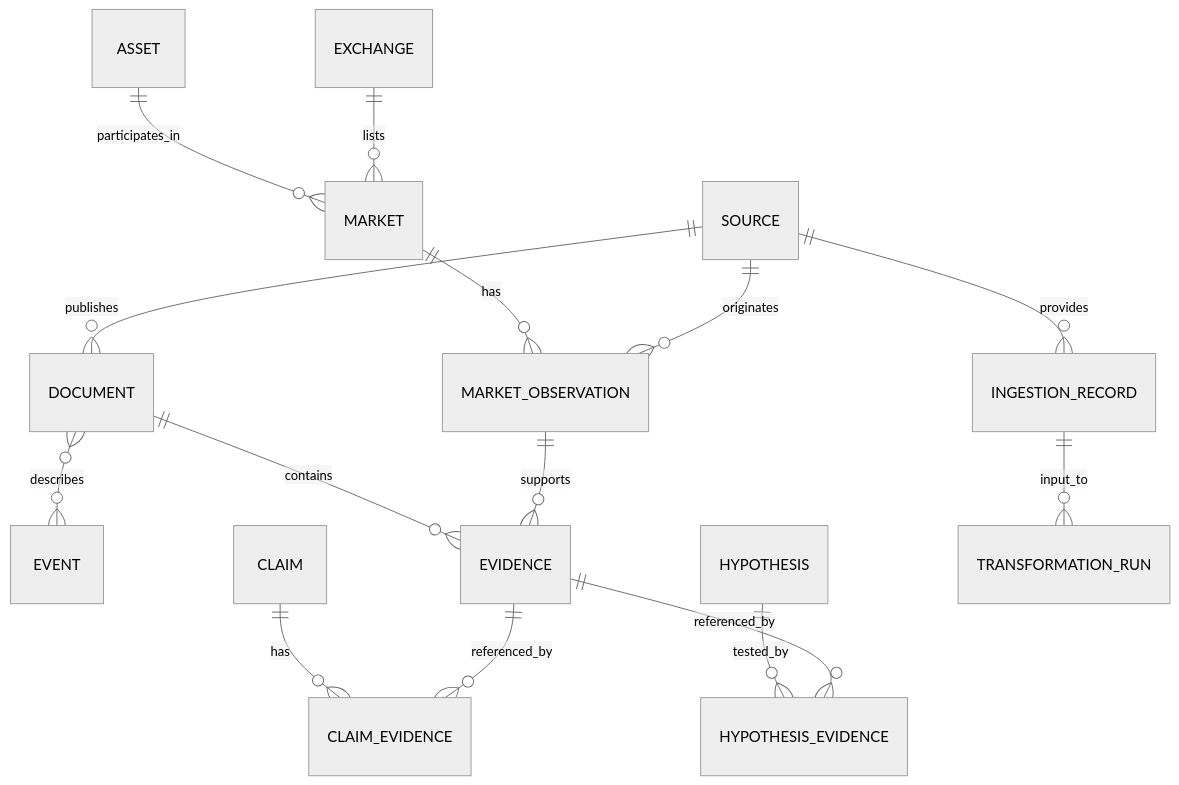
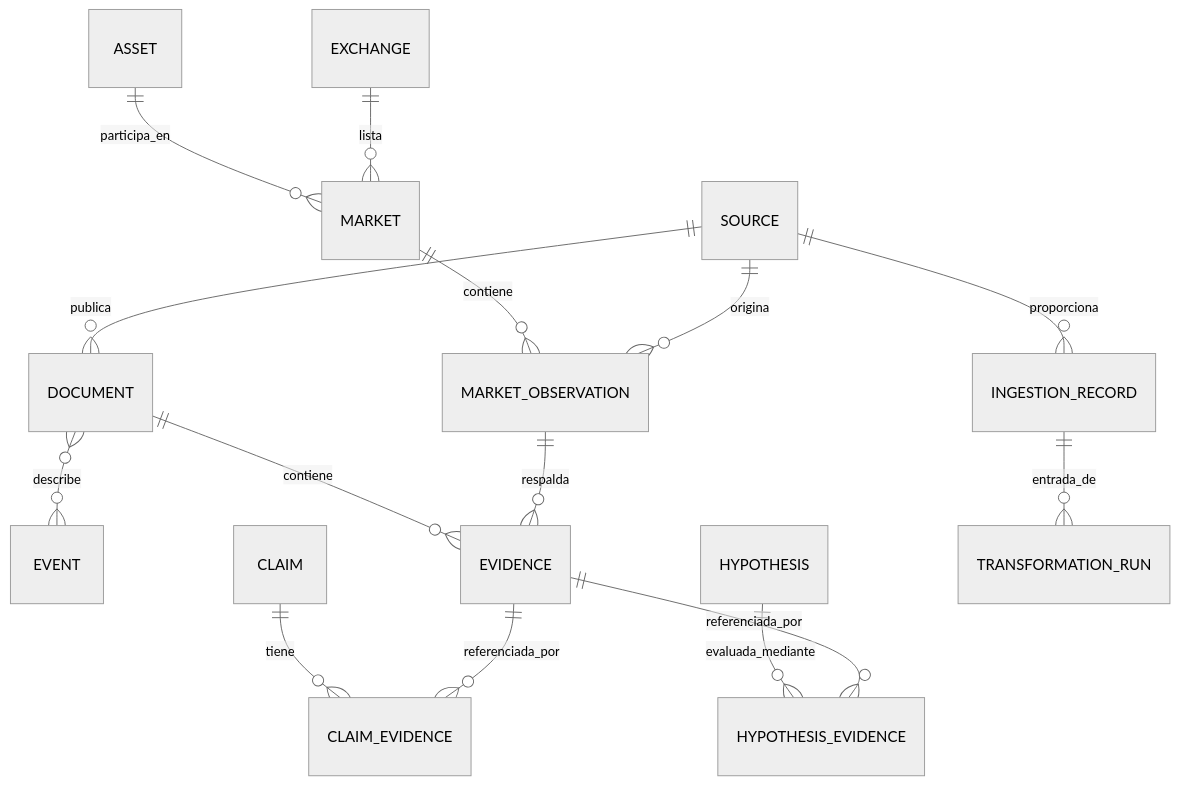
One commit to Osleyder1985/Crypto-Causality-Intelligence changed the diagram in docs/architecture/data-model.md. Above: the diagram before and after it, drawn with Mermaid (neutral theme). The commit also changed other lines of this file, not shown here.

````diff
--- a/docs/architecture/data-model.md
+++ b/docs/architecture/data-model.md
@@ -65,17 +65,17 @@
 ```mermaid
 erDiagram
-    ASSET ||--o{ MARKET : participates_in
-    EXCHANGE ||--o{ MARKET : lists
-    MARKET ||--o{ MARKET_OBSERVATION : has
-    SOURCE ||--o{ INGESTION_RECORD : provides
-    SOURCE ||--o{ DOCUMENT : publishes
-    SOURCE ||--o{ MARKET_OBSERVATION : originates
-    DOCUMENT }o--o{ EVENT : describes
-    DOCUMENT ||--o{ EVIDENCE : contains
-    MARKET_OBSERVATION ||--o{ EVIDENCE : supports
-    CLAIM ||--o{ CLAIM_EVIDENCE : has
-    EVIDENCE ||--o{ CLAIM_EVIDENCE : referenced_by
-    HYPOTHESIS ||--o{ HYPOTHESIS_EVIDENCE : tested_by
-    EVIDENCE ||--o{ HYPOTHESIS_EVIDENCE : referenced_by
-    INGESTION_RECORD ||--o{ TRANSFORMATION_RUN : input_to
+    ASSET ||--o{ MARKET : participa_en
+    EXCHANGE ||--o{ MARKET : lista
+    MARKET ||--o{ MARKET_OBSERVATION : contiene
+    SOURCE ||--o{ INGESTION_RECORD : proporciona
+    SOURCE ||--o{ DOCUMENT : publica
+    SOURCE ||--o{ MARKET_OBSERVATION : origina
+    DOCUMENT }o--o{ EVENT : describe
+    DOCUMENT ||--o{ EVIDENCE : contiene
+    MARKET_OBSERVATION ||--o{ EVIDENCE : respalda
+    CLAIM ||--o{ CLAIM_EVIDENCE : tiene
+    EVIDENCE ||--o{ CLAIM_EVIDENCE : referenciada_por
+    HYPOTHESIS ||--o{ HYPOTHESIS_EVIDENCE : evaluada_mediante
+    EVIDENCE ||--o{ HYPOTHESIS_EVIDENCE : referenciada_por
+    INGESTION_RECORD ||--o{ TRANSFORMATION_RUN : entrada_de
 ```
````
